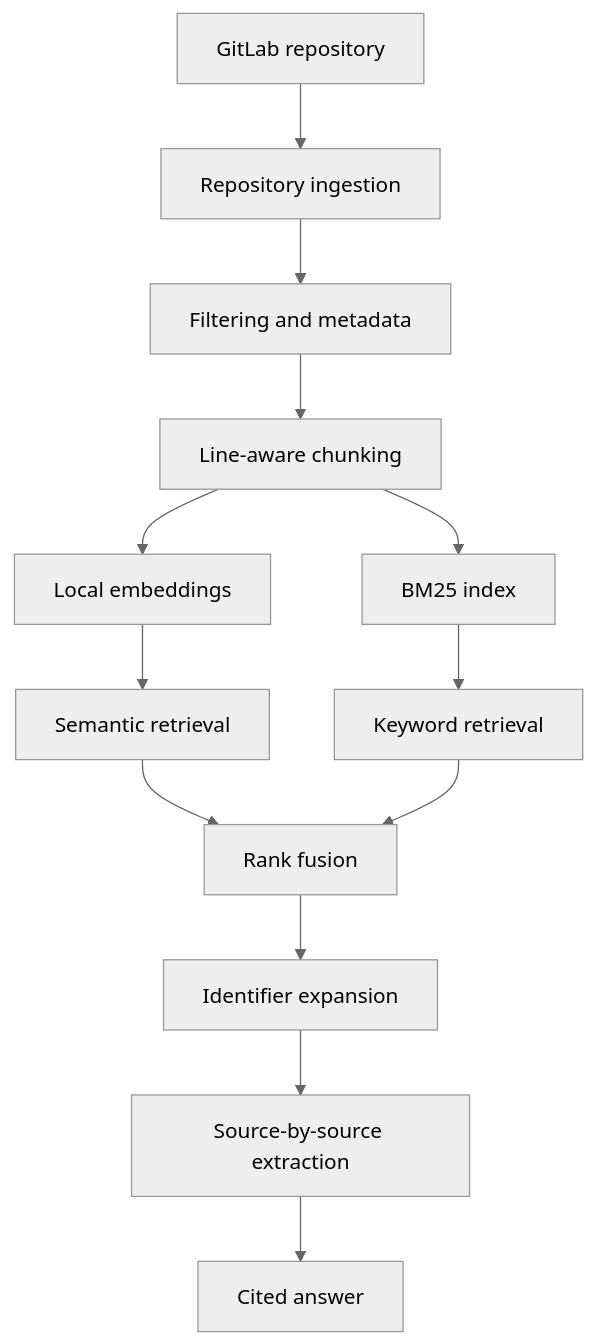
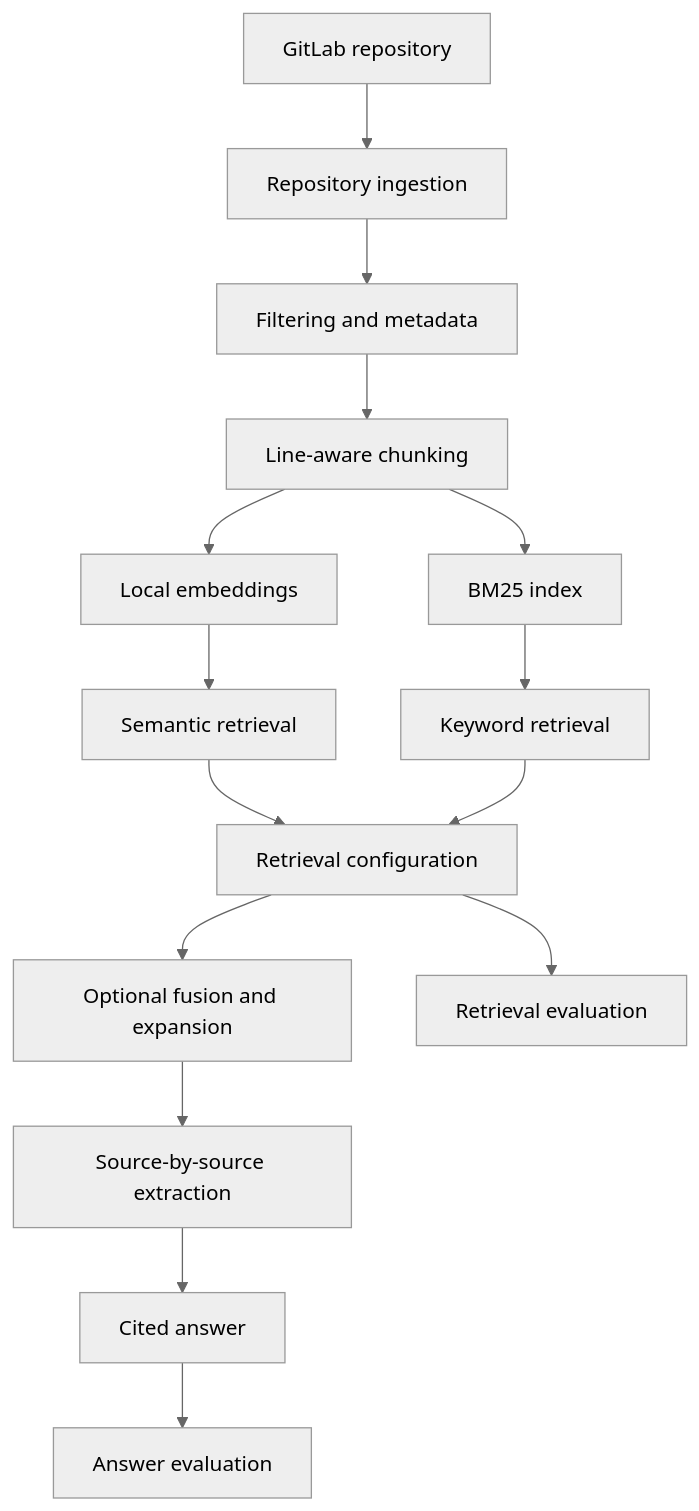
One commit to amir-hri/repomentor changed the diagram in README.md. Above: the diagram before and after it, drawn with Mermaid (neutral theme). The commit also changed other lines of this file, not shown here.

Commit message:
Update README with evaluation results

````diff
--- a/README.md
+++ b/README.md
@@ -39,15 +57,17 @@
 ```mermaid
 flowchart TD
     A[GitLab repository] --> B[Repository ingestion]
     B --> C[Filtering and metadata]
     C --> D[Line-aware chunking]
     D --> E[Local embeddings]
     D --> F[BM25 index]
     E --> G[Semantic retrieval]
     F --> H[Keyword retrieval]
-    G --> I[Rank fusion]
+    G --> I[Retrieval configuration]
     H --> I
-    I --> J[Identifier expansion]
+    I --> J[Optional fusion and expansion]
     J --> K[Source-by-source extraction]
     K --> L[Cited answer]
+    I --> M[Retrieval evaluation]
+    L --> N[Answer evaluation]
 ```
````
